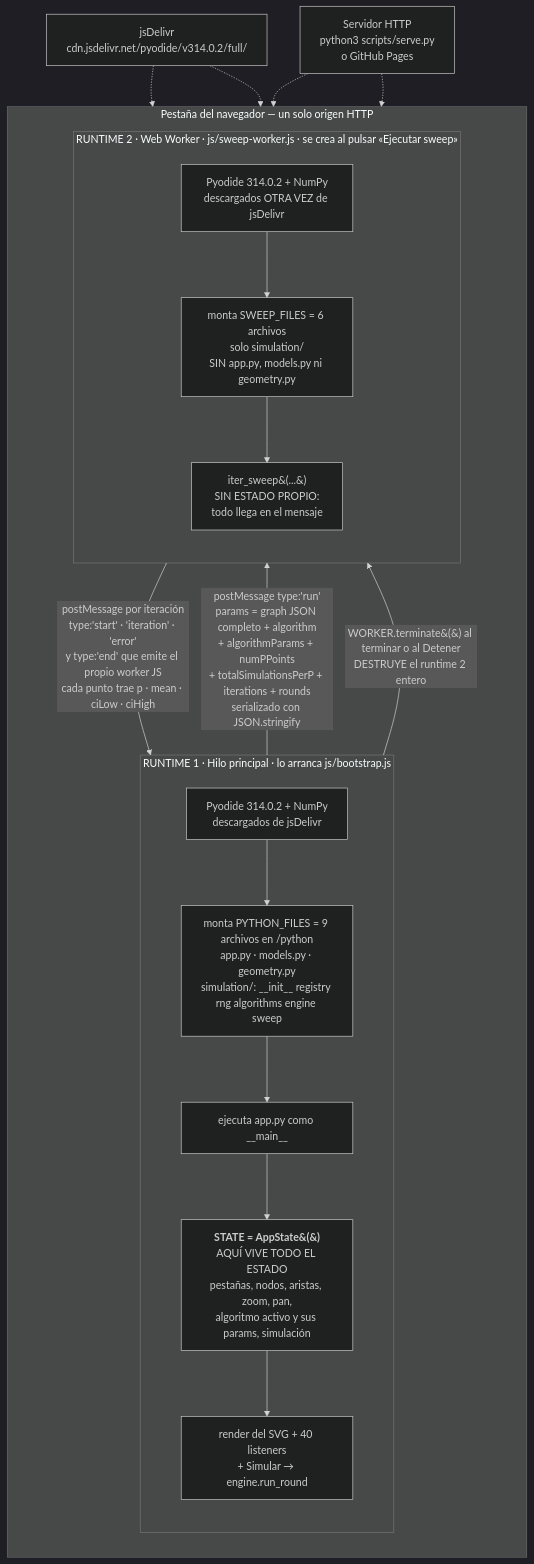
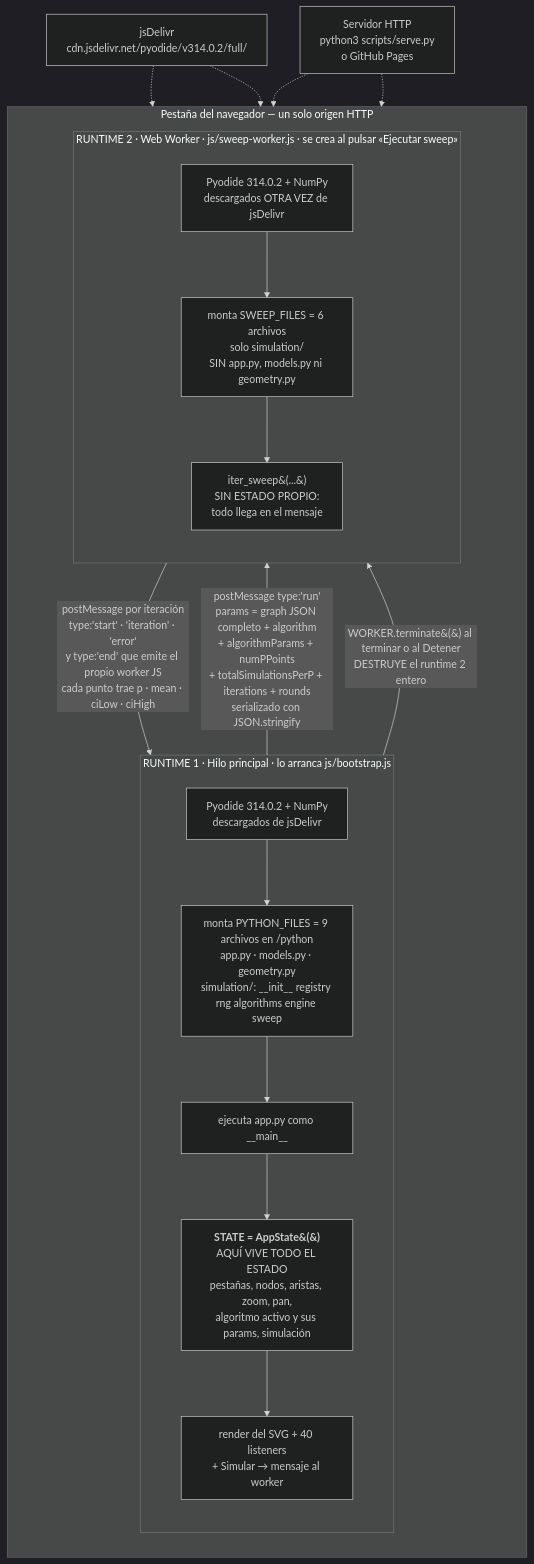
One commit to Rou-uu/consenso-simulador changed the diagram in docs/00-empezar-aqui.md. Above: the diagram before and after it, drawn with Mermaid (dark theme). The commit also changed other lines of this file and 14 other files, not shown here.

````diff
--- a/docs/00-empezar-aqui.md
+++ b/docs/00-empezar-aqui.md
@@ -473,33 +473,33 @@
 ```mermaid
 flowchart TB
     subgraph BROWSER["Pestaña del navegador — un solo origen HTTP"]
       direction TB
 
       subgraph MAIN["RUNTIME 1 · Hilo principal · lo arranca js/bootstrap.js"]
         direction TB
         M1["Pyodide 314.0.2 + NumPy<br/>descargados de jsDelivr"]
         M2["monta PYTHON_FILES = 9 archivos en /python<br/>app.py · models.py · geometry.py<br/>simulation/: __init__ registry rng algorithms engine sweep"]
         M3["ejecuta app.py como __main__"]
         M4["<b>STATE = AppState&#40;&#41;</b><br/>AQUÍ VIVE TODO EL ESTADO<br/>pestañas, nodos, aristas, zoom, pan,<br/>algoritmo activo y sus params, simulación"]
-        M5["render del SVG + 40 listeners<br/>+ Simular → engine.run_round"]
+        M5["render del SVG + 40 listeners<br/>+ Simular → mensaje al worker"]
         M1 --> M2 --> M3 --> M4 --> M5
       end
 
       subgraph WORKER["RUNTIME 2 · Web Worker · js/sweep-worker.js · se crea al pulsar «Ejecutar sweep»"]
         direction TB
         W1["Pyodide 314.0.2 + NumPy<br/>descargados OTRA VEZ de jsDelivr"]
         W2["monta SWEEP_FILES = 6 archivos<br/>solo simulation/<br/>SIN app.py, models.py ni geometry.py"]
         W3["iter_sweep&#40;...&#41;<br/>SIN ESTADO PROPIO:<br/>todo llega en el mensaje"]
         W1 --> W2 --> W3
       end
 
       M5 -- "postMessage type:'run'<br/>params = graph JSON completo + algorithm<br/>+ algorithmParams + numPPoints<br/>+ totalSimulationsPerP + iterations + rounds<br/>serializado con JSON.stringify" --> W3
       W3 -- "postMessage por iteración<br/>type:'start' · 'iteration' · 'error'<br/>y type:'end' que emite el propio worker JS<br/>cada punto trae p · mean · ciLow · ciHigh" --> M5
       M5 -- "WORKER.terminate&#40;&#41; al terminar o al Detener<br/>DESTRUYE el runtime 2 entero" --> W1
     end
 
     CDN["jsDelivr<br/>cdn.jsdelivr.net/pyodide/v314.0.2/full/"] -.-> M1
     CDN -.-> W1
     SRV["Servidor HTTP<br/>python3 scripts/serve.py<br/>o GitHub Pages"] -.-> M2
     SRV -.-> W2
 ```
````
